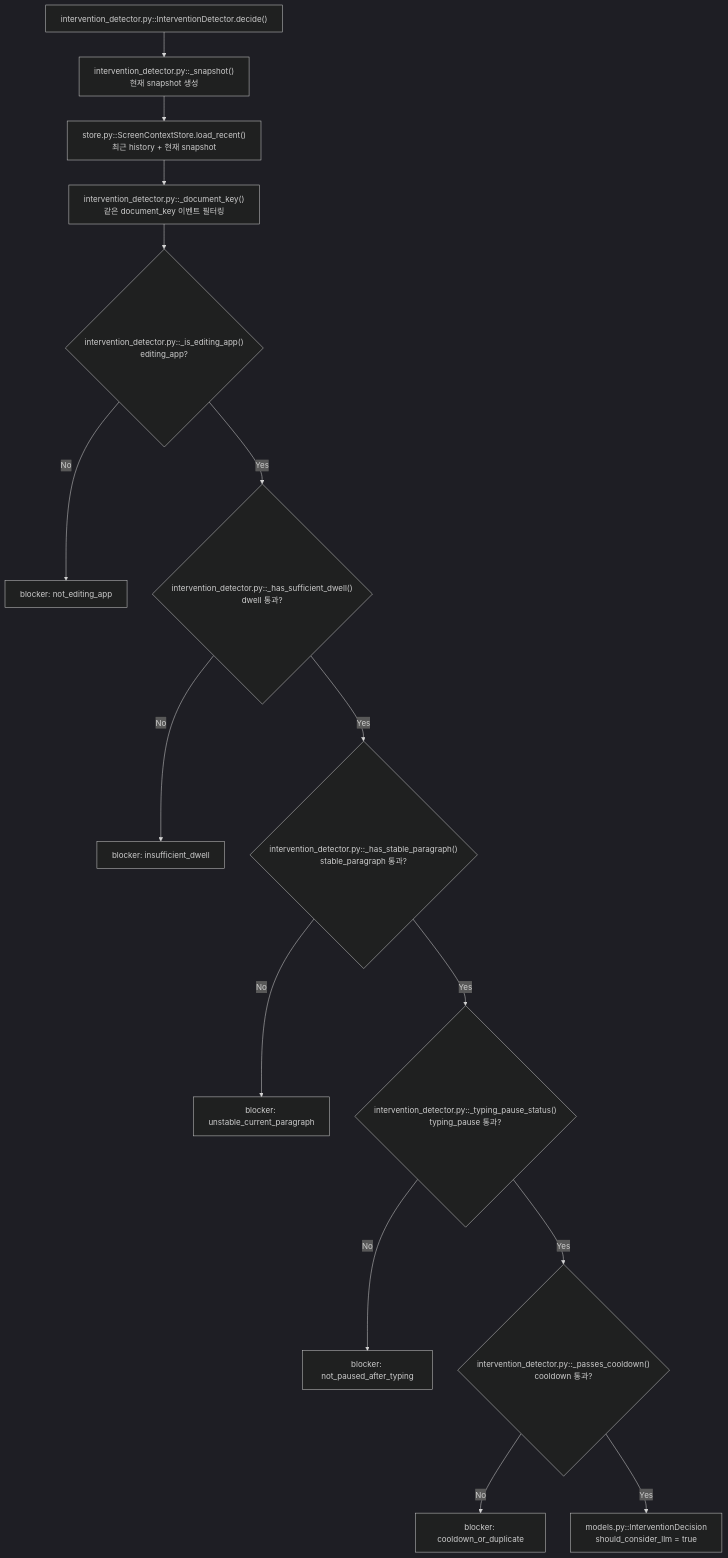
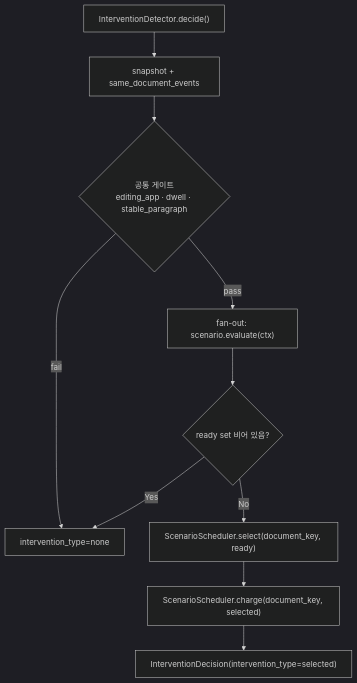
The second of 2 diagrams in services/screen_tool_funcs/README.md (2026-1-CAU-Capstone-Design-Team2/veritas), drawn with Mermaid (dark theme) before and after one commit. The commit also changed other lines of this file and 4 other files, not shown here.

````diff
--- a/services/screen_tool_funcs/README.md
+++ b/services/screen_tool_funcs/README.md
@@ -269,17 +85,12 @@
 ```mermaid
 flowchart TD
-    A["intervention_detector.py::InterventionDetector.decide()"] --> B["intervention_detector.py::_snapshot()<br/>현재 snapshot 생성"]
-    B --> C["store.py::ScreenContextStore.load_recent()<br/>최근 history + 현재 snapshot"]
-    C --> D["intervention_detector.py::_document_key()<br/>같은 document_key 이벤트 필터링"]
-    D --> E{"intervention_detector.py::_is_editing_app()<br/>editing_app?"}
-    E -- "No" --> Z1["blocker: not_editing_app"]
-    E -- "Yes" --> F{"intervention_detector.py::_has_sufficient_dwell()<br/>dwell 통과?"}
-    F -- "No" --> Z2["blocker: insufficient_dwell"]
-    F -- "Yes" --> G{"intervention_detector.py::_has_stable_paragraph()<br/>stable_paragraph 통과?"}
-    G -- "No" --> Z3["blocker: unstable_current_paragraph"]
-    G -- "Yes" --> H{"intervention_detector.py::_typing_pause_status()<br/>typing_pause 통과?"}
-    H -- "No" --> Z4["blocker: not_paused_after_typing"]
-    H -- "Yes" --> I{"intervention_detector.py::_passes_cooldown()<br/>cooldown 통과?"}
-    I -- "No" --> Z5["blocker: cooldown_or_duplicate"]
-    I -- "Yes" --> K["models.py::InterventionDecision<br/>should_consider_llm = true"]
+    A["InterventionDetector.decide()"] --> B["snapshot + same_document_events"]
+    B --> C{"공통 게이트<br/>editing_app · dwell · stable_paragraph"}
+    C -- "fail" --> Z["intervention_type=none"]
+    C -- "pass" --> D["fan-out: scenario.evaluate(ctx)"]
+    D --> E{"ready set 비어 있음?"}
+    E -- "Yes" --> Z
+    E -- "No" --> F["ScenarioScheduler.select(document_key, ready)"]
+    F --> G["ScenarioScheduler.charge(document_key, selected)"]
+    G --> H["InterventionDecision(intervention_type=selected)"]
 ```
````
